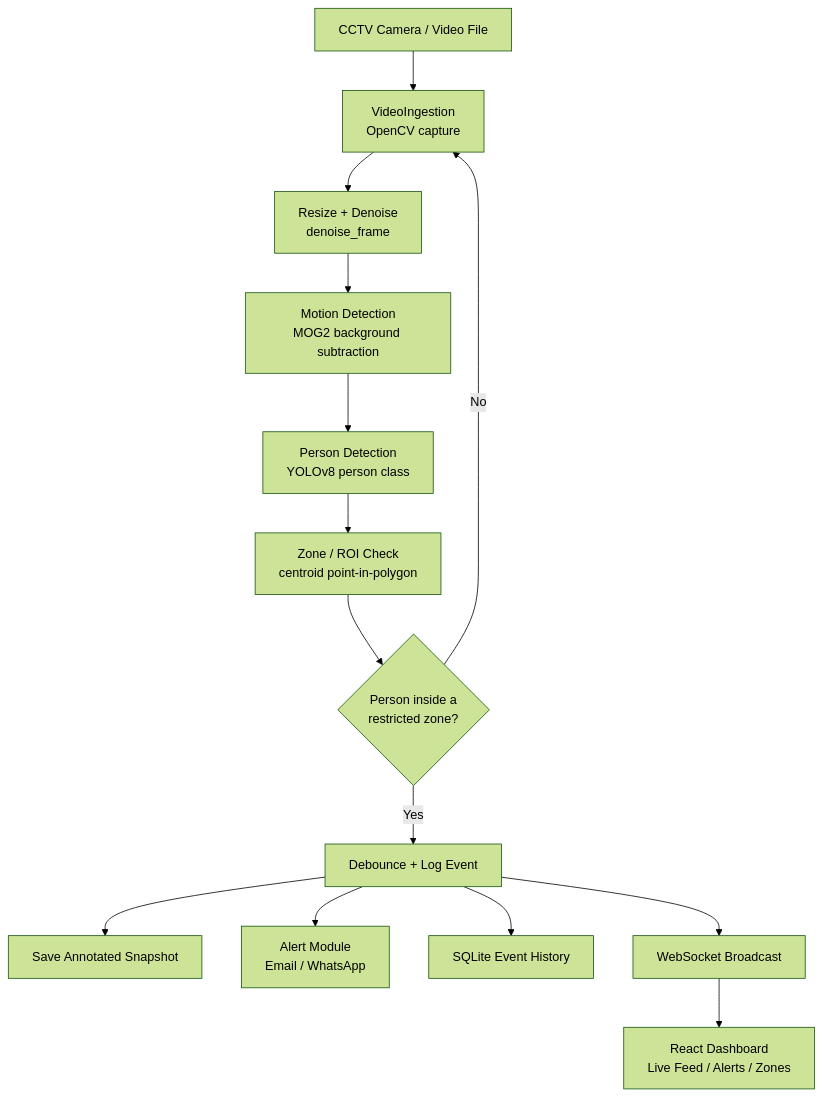
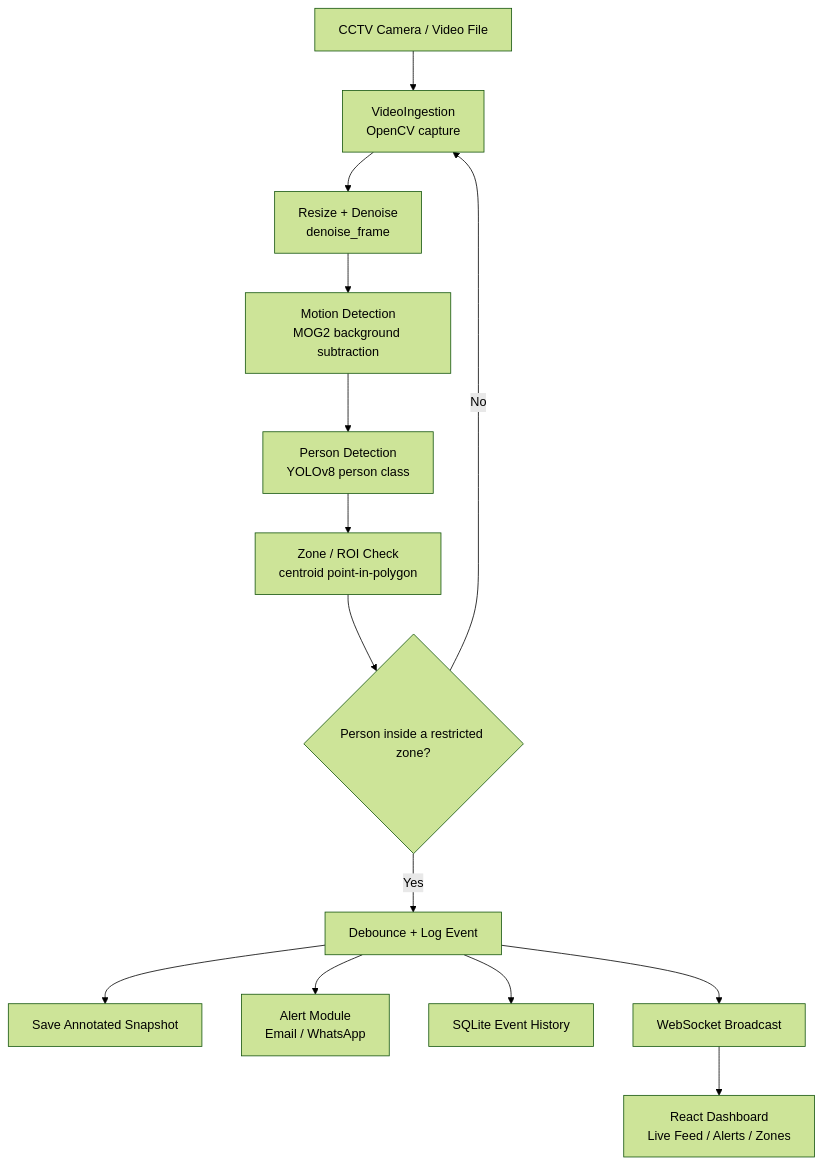
The first of 2 diagrams in README.md (Faizanfarhad/CCTV_Camera_Based_Intrusion_Detection), drawn with Mermaid (forest theme) before and after one commit. The commit also changed other lines of this file, not shown here.

Commit message:
Fix Mermaid data-flow diagram rendering

````diff
--- a/README.md
+++ b/README.md
@@ -58,16 +58,16 @@
 ```mermaid
 flowchart TD
-    A[CCTV Camera / Video File] --> B[VideoIngestion<br/>OpenCV capture]
-    B --> C[Resize + Denoise<br/>denoise_frame]
-    C --> D[Motion Detection<br/>MOG2 background subtraction]
-    D --> E[Person Detection<br/>YOLOv8 person class]
-    E --> F[Zone / ROI Check<br/>centroid point-in-polygon]
-    F --> G{Person inside a<br/>restricted zone?}
-    G -- No --> B
-    G -- Yes --> H[Debounce + Log Event]
-    H --> I[Save Annotated Snapshot]
-    H --> J[Alert Module<br/>Email / WhatsApp]
-    H --> K[SQLite Event History]
-    H --> L[WebSocket Broadcast]
-    L --> M[React Dashboard<br/>Live Feed / Alerts / Zones]
+    A["CCTV Camera / Video File"] --> B["VideoIngestion<br/>OpenCV capture"]
+    B --> C["Resize + Denoise<br/>denoise_frame"]
+    C --> D["Motion Detection<br/>MOG2 background subtraction"]
+    D --> E["Person Detection<br/>YOLOv8 person class"]
+    E --> F["Zone / ROI Check<br/>centroid point-in-polygon"]
+    F --> G{"Person inside a restricted zone?"}
+    G -- "No" --> B
+    G -- "Yes" --> H["Debounce + Log Event"]
+    H --> I["Save Annotated Snapshot"]
+    H --> J["Alert Module<br/>Email / WhatsApp"]
+    H --> K["SQLite Event History"]
+    H --> L["WebSocket Broadcast"]
+    L --> M["React Dashboard<br/>Live Feed / Alerts / Zones"]
 ```
````
